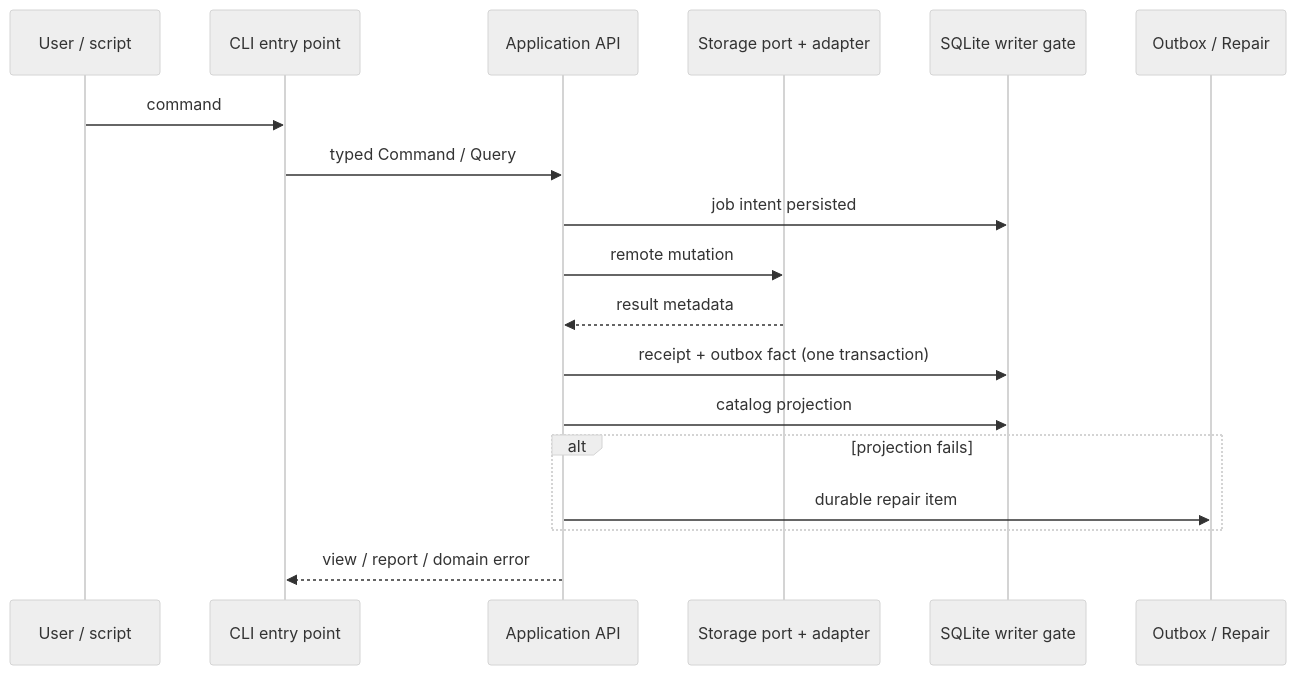
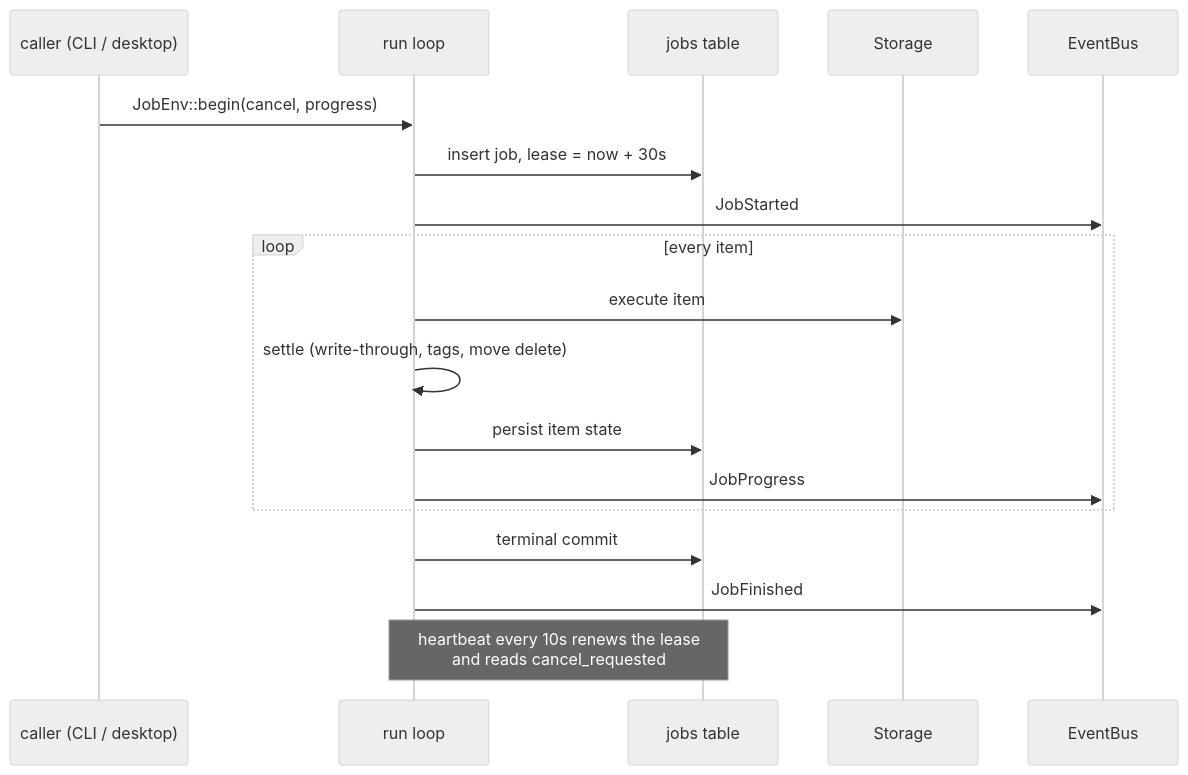
One commit to copofe/rstore changed the third of 3 diagrams in docs/architecture-guide.md. Above: the diagram before and after it, drawn with Mermaid (neutral theme). The commit also changed other lines of this file and 218 other files, not shown here.

````diff
--- a/docs/architecture-guide.md
+++ b/docs/architecture-guide.md
@@ -257,21 +244,20 @@
 ```mermaid
 sequenceDiagram
-    participant U as User / script
-    participant E as CLI entry point
-    participant A as Application API
-    participant S as Storage port + adapter
-    participant DB as SQLite writer gate
-    participant O as Outbox / Repair
-
-    U->>E: command
-    E->>A: typed Command / Query
-    A->>DB: job intent persisted
-    A->>S: remote mutation
-    S-->>A: result metadata
-    A->>DB: receipt + outbox fact (one transaction)
-    A->>DB: catalog projection
-    alt projection fails
-        A->>O: durable repair item
+    participant C as caller (CLI / desktop)
+    participant L as run loop
+    participant DB as jobs table
+    participant S as Storage
+    participant E as EventBus
+    C->>L: JobEnv::begin(cancel, progress)
+    L->>DB: insert job, lease = now + 30s
+    L->>E: JobStarted
+    loop every item
+        L->>S: execute item
+        L->>L: settle (write-through, tags, move delete)
+        L->>DB: persist item state
+        L->>E: JobProgress
     end
-    A-->>E: view / report / domain error
+    L->>DB: terminal commit
+    L->>E: JobFinished
+    Note over L,DB: heartbeat every 10s renews the lease<br/>and reads cancel_requested
 ```
````
